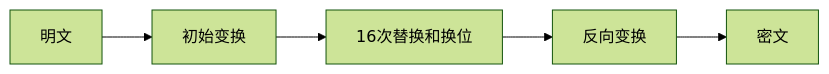
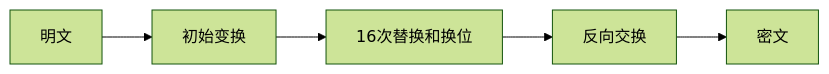
The second of 11 diagrams in 01.系统架构设计师教材-清洗版/第04章-信息安全技术基础知识.md (YoungHong1992/ruankao-senior-architecture-designer), drawn with Mermaid (forest theme) before and after one commit. The commit also changed other lines of this file and 16 other files, not shown here.

````diff
--- a/01.系统架构设计师教材-清洗版/第04章-信息安全技术基础知识.md
+++ b/01.系统架构设计师教材-清洗版/第04章-信息安全技术基础知识.md
@@ -211,4 +211,4 @@
 ```mermaid
 flowchart LR
-    P["明文"] --> IP["初始变换"] --> R["16次替换和换位"] --> IIP["反向变换"] --> C["密文"]
+    P["明文"] --> IP["初始变换"] --> R["16次替换和换位"] --> IIP["反向交换"] --> C["密文"]
 ```
````
